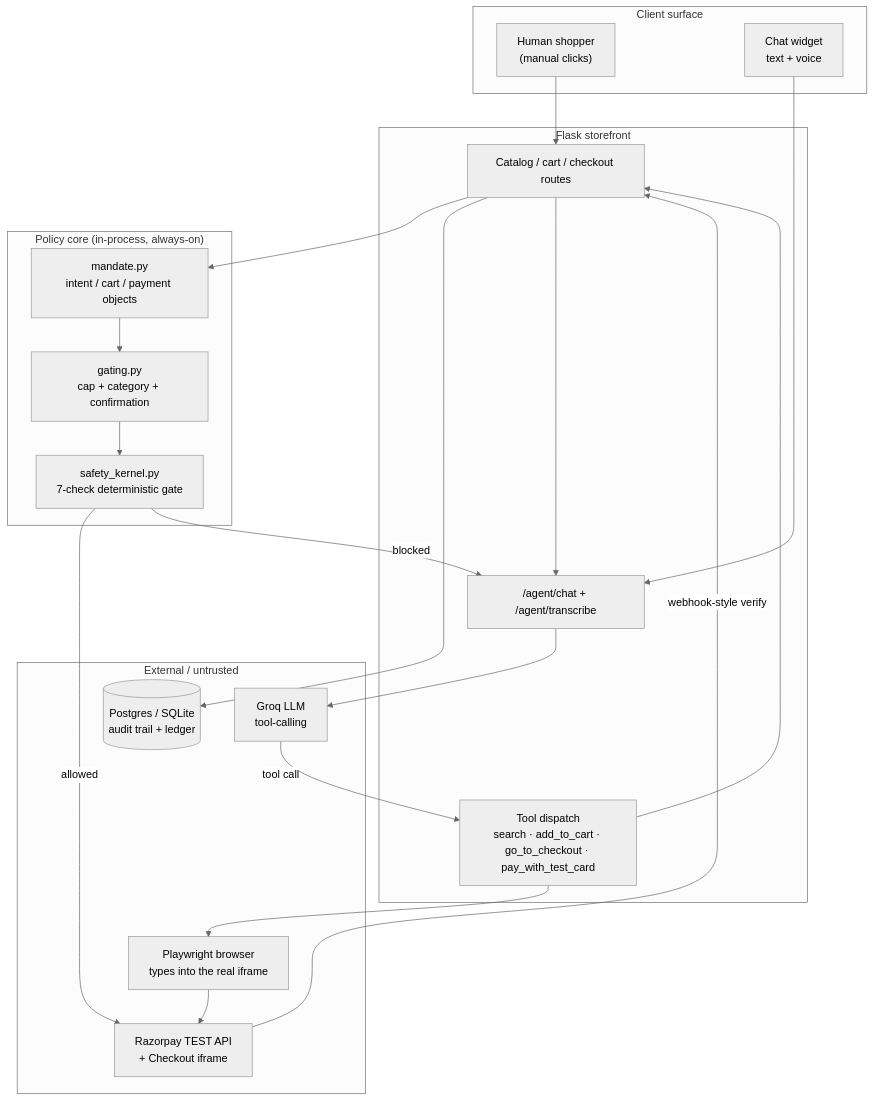
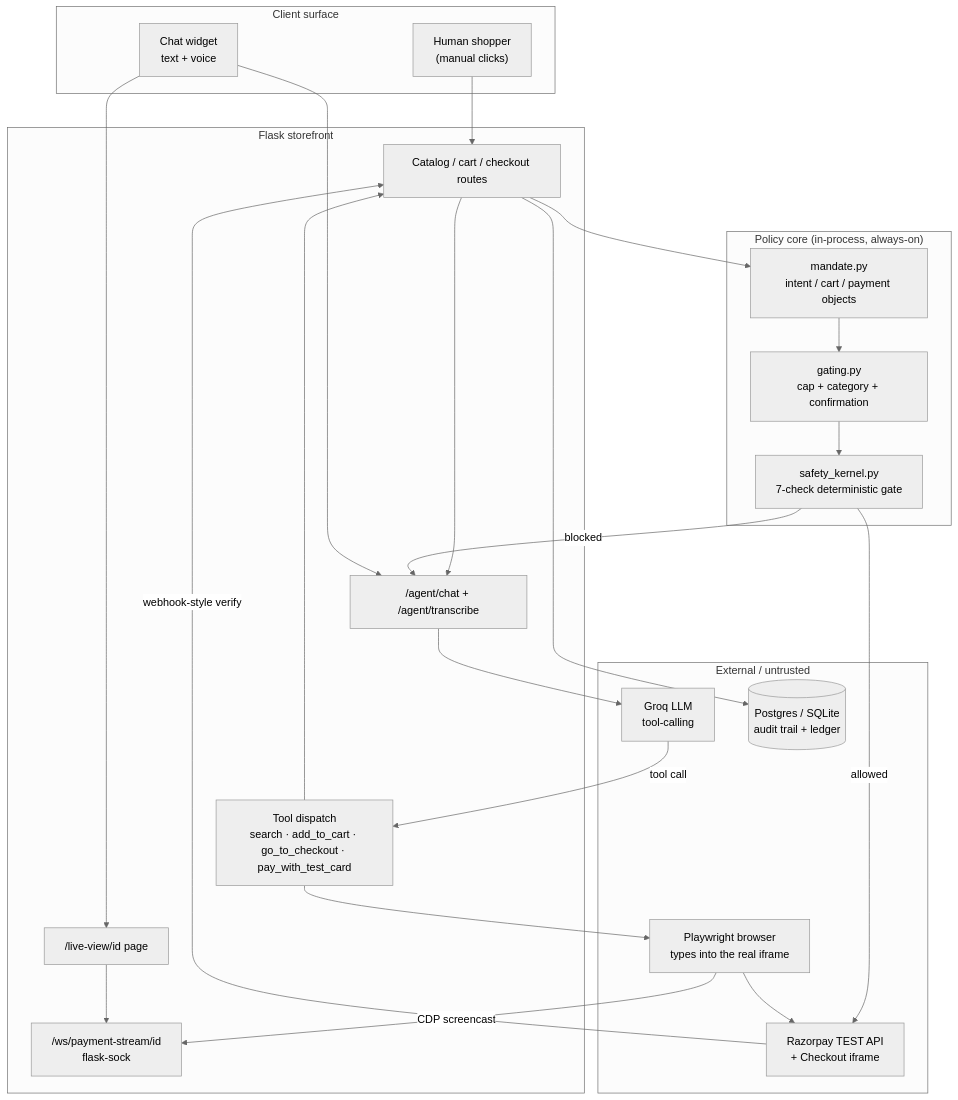
One commit to RIDHIJ-19/cartmind changed the first of 2 diagrams in DESIGN.md. Above: the diagram before and after it, drawn with Mermaid (neutral theme). The commit also changed other lines of this file and 3 other files, not shown here.

First line of the commit message:
Update README/DESIGN.md for the live payment view

````diff
--- a/DESIGN.md
+++ b/DESIGN.md
@@ -40,38 +40,42 @@
 ```mermaid
 graph TB
   subgraph Client["Client surface"]
     Human["Human shopper<br/>(manual clicks)"]
     Widget["Chat widget<br/>text + voice"]
   end
 
   subgraph Storefront["Flask storefront"]
     Routes["Catalog / cart / checkout routes"]
     ChatAPI["/agent/chat + /agent/transcribe"]
     Tools["Tool dispatch<br/>search · add_to_cart · go_to_checkout · pay_with_test_card"]
+    WS["/ws/payment-stream/id<br/>flask-sock"]
+    LiveView["/live-view/id page"]
   end
 
   subgraph Policy["Policy core (in-process, always-on)"]
     Mandate["mandate.py<br/>intent / cart / payment objects"]
     Gating["gating.py<br/>cap + category + confirmation"]
     Kernel["safety_kernel.py<br/>7-check deterministic gate"]
   end
 
   subgraph External["External / untrusted"]
     LLM["Groq LLM<br/>tool-calling"]
     Browser["Playwright browser<br/>types into the real iframe"]
     Razorpay["Razorpay TEST API<br/>+ Checkout iframe"]
     DB[("Postgres / SQLite<br/>audit trail + ledger")]
   end
 
   Human --> Routes
   Widget --> ChatAPI --> LLM
   LLM -- tool call --> Tools
   Tools --> Routes
   Tools --> Browser --> Razorpay
+  Browser -- CDP screencast --> WS
+  Widget --> LiveView --> WS
   Routes --> Mandate --> Gating --> Kernel
   Kernel -- allowed --> Razorpay
   Kernel -- blocked --> ChatAPI
   Razorpay -- webhook-style verify --> Routes
   Routes --> DB
   Routes --> ChatAPI
 ```
````
